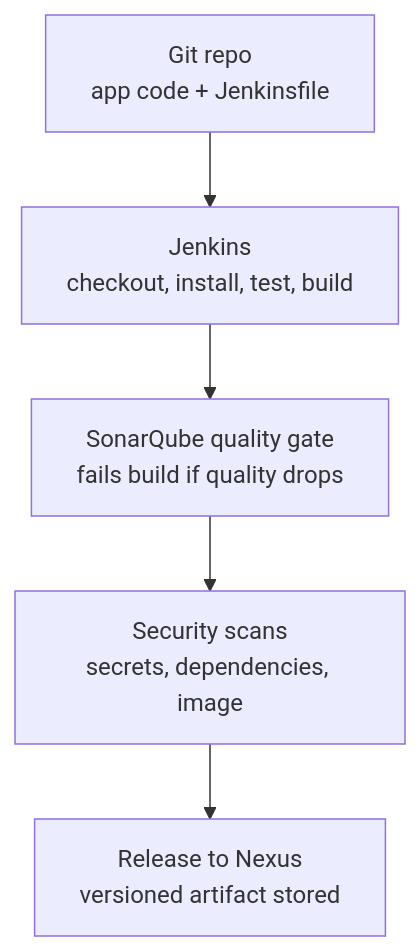
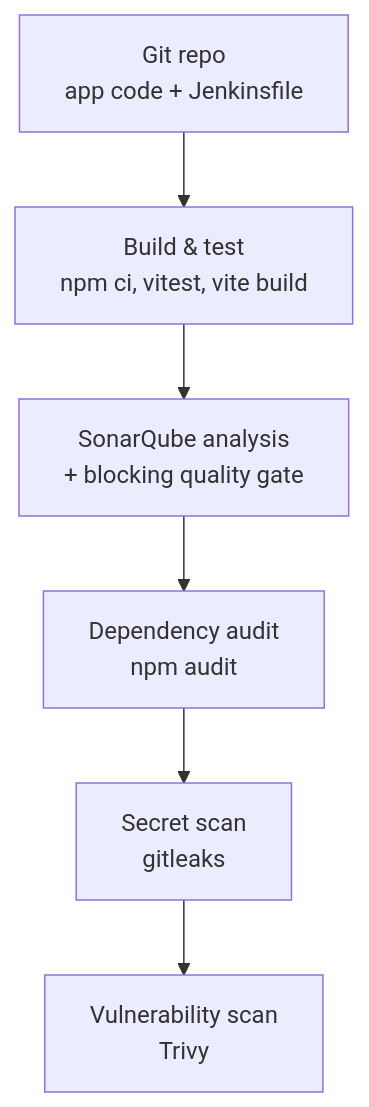
One commit to rex-daworker/jenkins-devops-stack changed the diagram in README.MD. Above: the diagram before and after it, drawn with Mermaid. The commit also changed other lines of this file, not shown here.

Commit message:
security-hardened CI/CD platform

````diff
--- a/README.MD
+++ b/README.MD
@@ -13,7 +13,8 @@
 ```mermaid
 flowchart TD
-    A[Git repo<br/>app code + Jenkinsfile] --> B[Jenkins<br/>checkout, install, test, build]
-    B --> C[SonarQube quality gate<br/>fails build if quality drops]
-    C --> D[Security scans<br/>secrets, dependencies, image]
-    D --> E[Release to Nexus<br/>versioned artifact stored]
+    A[Git repo<br/>app code + Jenkinsfile] --> B[Build & test<br/>npm ci, vitest, vite build]
+    B --> C[SonarQube analysis<br/>+ blocking quality gate]
+    C --> D[Dependency audit<br/>npm audit]
+    D --> E[Secret scan<br/>gitleaks]
+    E --> F[Vulnerability scan<br/>Trivy]
 ```
````
